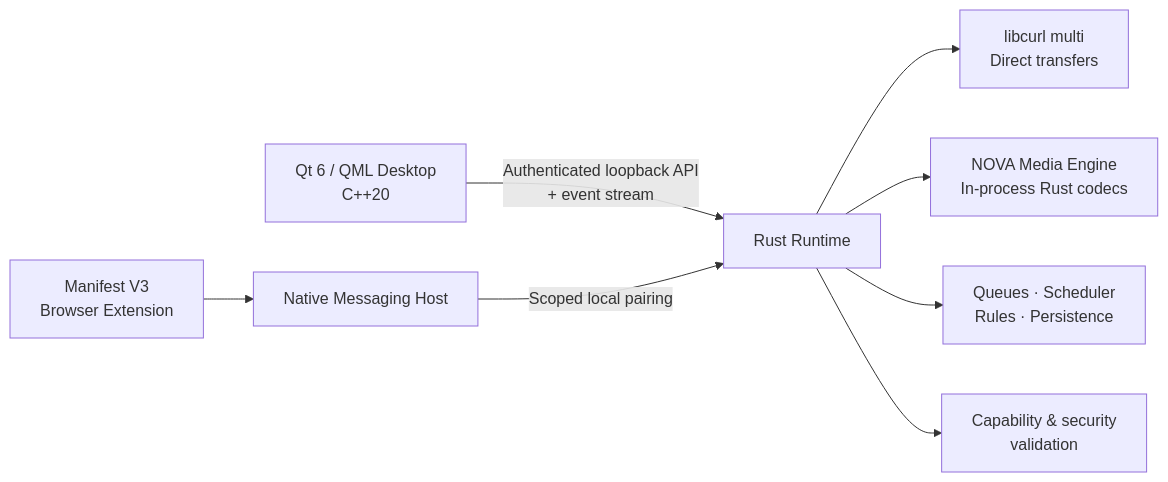
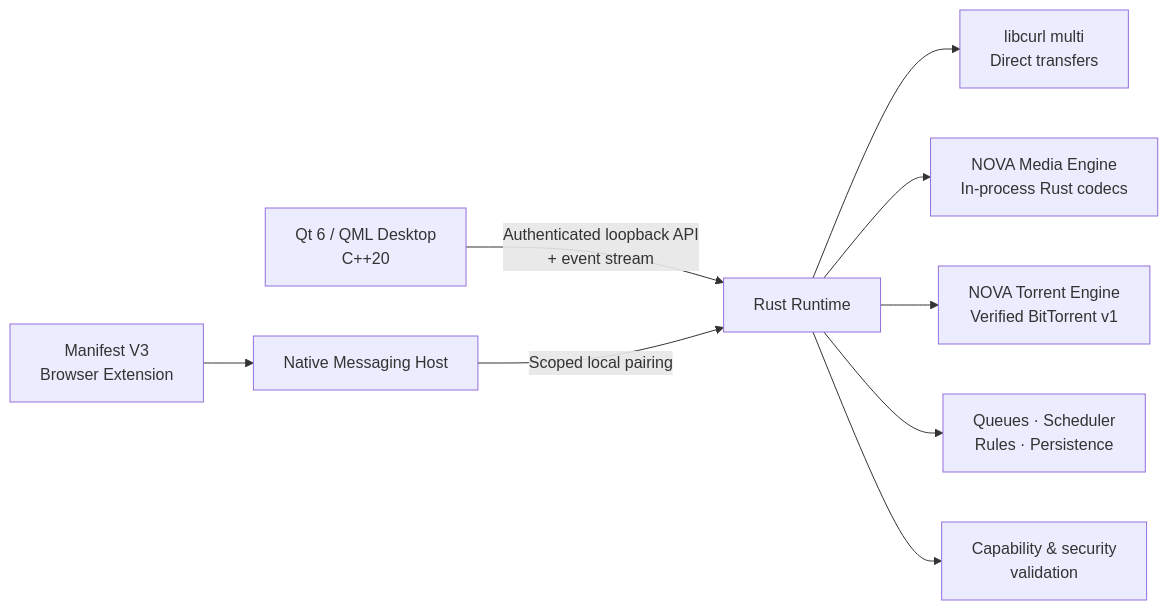
One commit to Alaa91H/NOVADownloadManager changed the diagram in README.md. Above: the diagram before and after it, drawn with Mermaid. The commit also changed other lines of this file and 267 other files, not shown here.

````diff
--- a/README.md
+++ b/README.md
@@ -69,11 +70,12 @@
 ```mermaid
 flowchart LR
     UI["Qt 6 / QML Desktop<br/>C++20"] -->|"Authenticated loopback API<br/>+ event stream"| CORE["Rust Runtime"]
     EXT["Manifest V3<br/>Browser Extension"] --> HOST["Native Messaging Host"]
     HOST -->|"Scoped local pairing"| CORE
 
     CORE --> CURL["libcurl multi<br/>Direct transfers"]
     CORE --> MEDIA["NOVA Media Engine<br/>In-process Rust codecs"]
+    CORE --> TORRENT["NOVA Torrent Engine<br/>Verified BitTorrent v1"]
     CORE --> TASKS["Queues · Scheduler<br/>Rules · Persistence"]
     CORE --> GUARD["Capability & security<br/>validation"]
 ```
````
